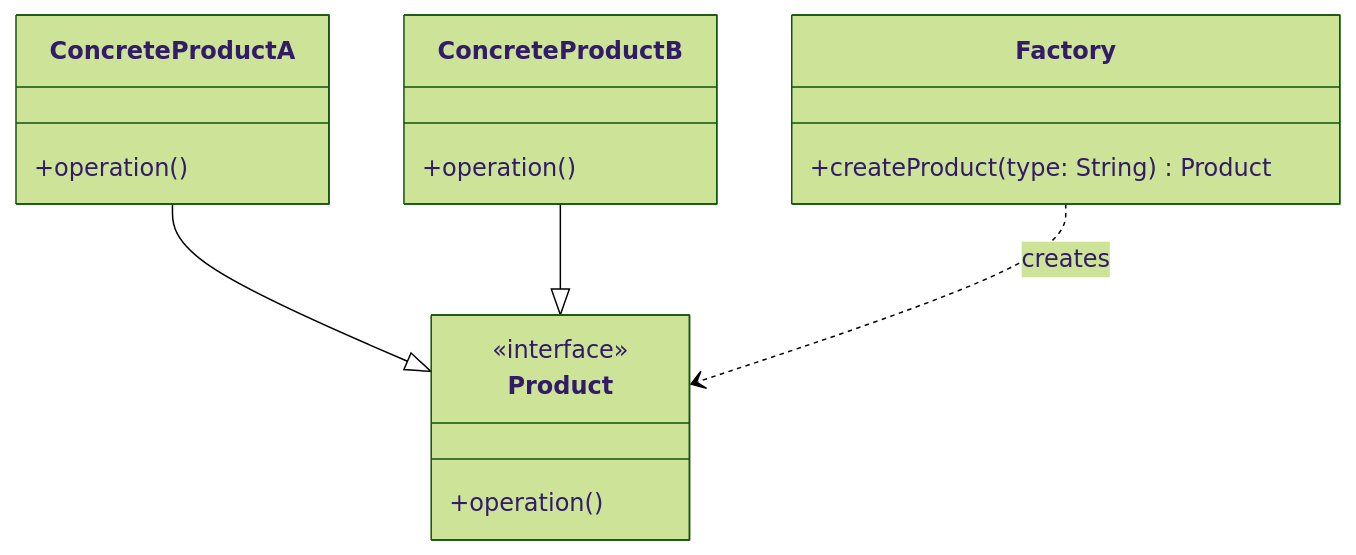
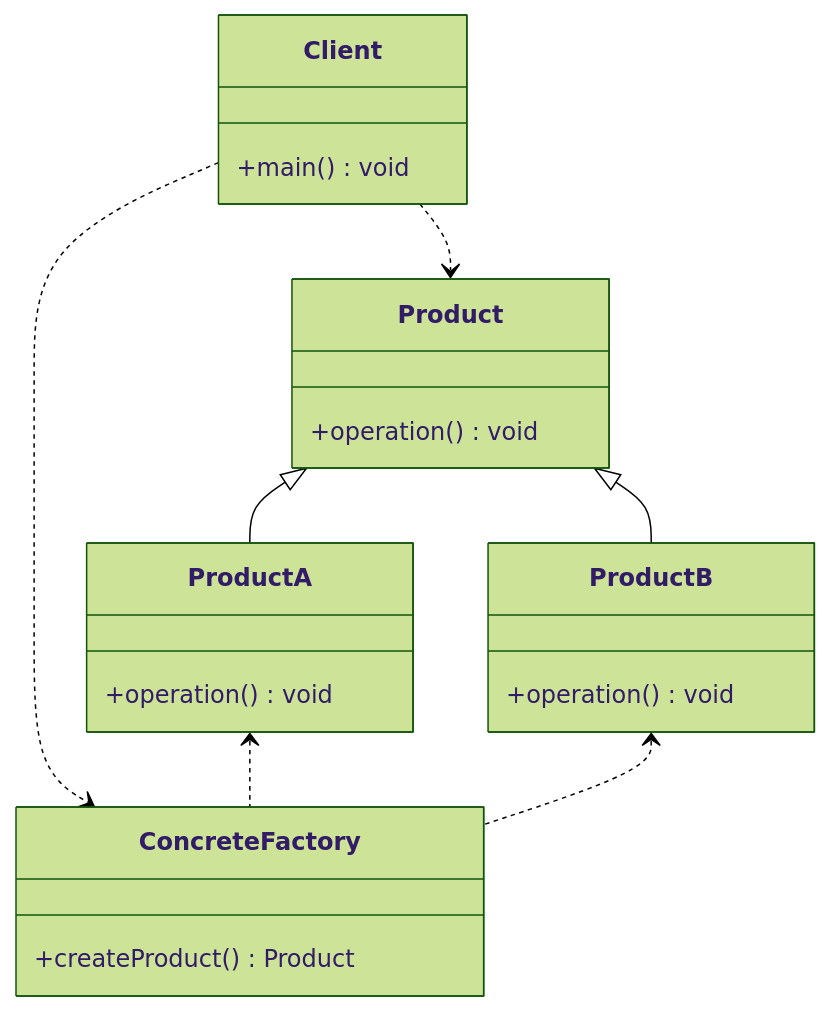
One commit to InfiniteAstral/notes changed the second of 4 diagrams in 计算机科学/面向对象设计与Java编程/9 设计模式/9-3 创建型模式.md. Above: the diagram before and after it, drawn with Mermaid (forest theme). The commit also changed other lines of this file and 1 other file, not shown here.

Commit message:
feat: update mermaid class diagram 计算机科学/面向对象设计与Java编程/9 设计模式/9-3 创建型模式.md

````diff
--- a/计算机科学/面向对象设计与Java编程/9 设计模式/9-3 创建型模式.md
+++ b/计算机科学/面向对象设计与Java编程/9 设计模式/9-3 创建型模式.md
@@ -149,20 +150,25 @@
 ```mermaid
 classDiagram
-    class Product {
-        <<interface>>
-        +operation()
-    }
-    class ConcreteProductA {
-        +operation()
-    }
-    class ConcreteProductB {
-        +operation()
-    }
-    class Factory {
-        +createProduct(type: String) Product
-    }
+  class Client {
+    +main() void
+  }
+  class ConcreteFactory {
+    +createProduct() Product
+  }
+  class Product {
+    +operation() void
+  }
+  class ProductA {
+    +operation() void
+  }
+  class ProductB {
+    +operation() void
+  }
 
-    ConcreteProductA --|> Product
-    ConcreteProductB --|> Product
-    Factory ..> Product : creates
+  Client ..> ConcreteFactory
+  Client ..> Product
+  Product <|-- ProductA
+  Product <|-- ProductB
+  ProductA <.. ConcreteFactory
+  ProductB <.. ConcreteFactory
 ```
````
